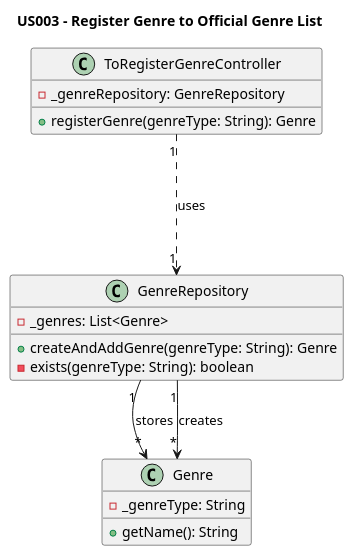
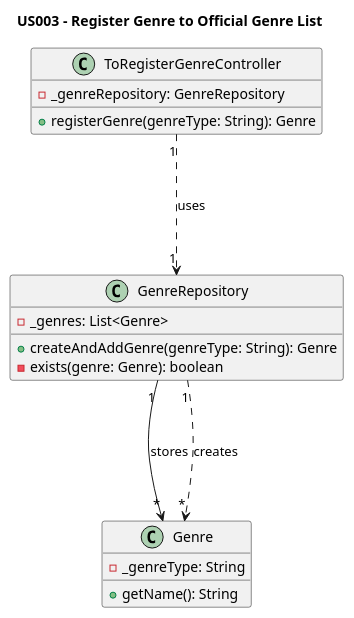
One commit to AndrePereiraGitH/SWitCH-Project-Team_A changed the diagram in Diagrams/ClassDiagrams/US003 - To add a publication genre to the genre list.puml. Above: the diagram before and after it, drawn with PlantUML. The commit also changed 1 other file, not shown here.

```diff
--- a/Diagrams/ClassDiagrams/US003 - To add a publication genre to the genre list.puml
+++ b/Diagrams/ClassDiagrams/US003 - To add a publication genre to the genre list.puml
@@ -1,26 +1,26 @@
 @startuml
 title US003 - Register Genre to Official Genre List
 
 class ToRegisterGenreController {
   -_genreRepository: GenreRepository
   +registerGenre(genreType: String): Genre
 }
 
 class GenreRepository {
   -_genres: List<Genre>
   +createAndAddGenre(genreType: String): Genre
-  -exists(genreType: String): boolean
+  -exists(genre: Genre): boolean
 }
 
 class Genre {
   -_genreType: String
   +getName(): String
 }
 
 
 ToRegisterGenreController "1" -.-> "1" GenreRepository : uses
 GenreRepository "1" --> "*" Genre : stores
-GenreRepository "1" --> "*" Genre : creates
+GenreRepository "1" -.-> "*" Genre : creates
 
 
 @enduml
```
